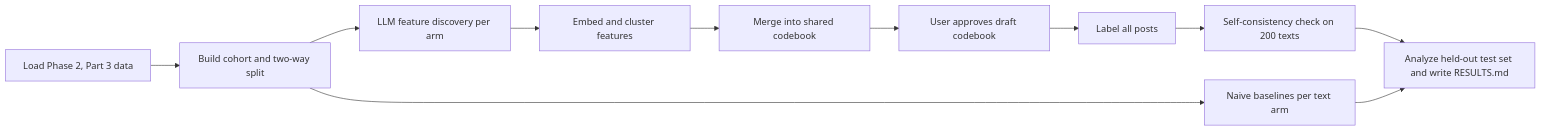
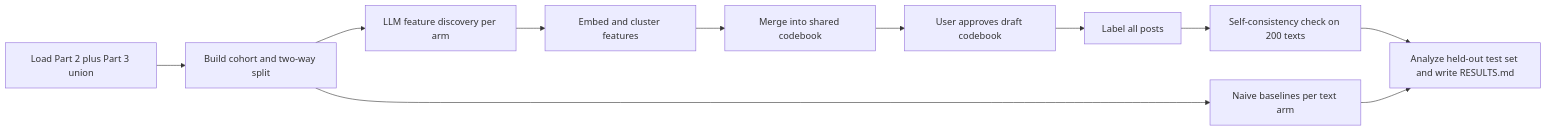
The diagram in docs/plans/2026-09-24_llm_feature_generation_phase_2_part_3_2f71ad/plan.md (METResearchGroup/mirrorView-task), drawn with Mermaid before and after one commit. The commit also changed other lines of this file and 6 other files, not shown here.

Commit message:
Update plan for Part 2 and Part 3 union data and Batch API labeling

````diff
--- a/docs/plans/2026-09-24_llm_feature_generation_phase_2_part_3_2f71ad/plan.md
+++ b/docs/plans/2026-09-24_llm_feature_generation_phase_2_part_3_2f71ad/plan.md
@@ -23,13 +23,13 @@
 ```mermaid
 flowchart LR
-  A[Load Phase 2, Part 3 data] --> B[Build cohort and two-way split]
+  A[Load Part 2 plus Part 3 union] --> B[Build cohort and two-way split]
   B --> C[Naive baselines per text arm]
   B --> D[LLM feature discovery per arm]
   D --> E[Embed and cluster features]
   E --> F[Merge into shared codebook]
   F --> G[User approves draft codebook]
   G --> H[Label all posts]
   H --> I[Self-consistency check on 200 texts]
   I --> J[Analyze held-out test set and write RESULTS.md]
   C --> J
 ```
````
